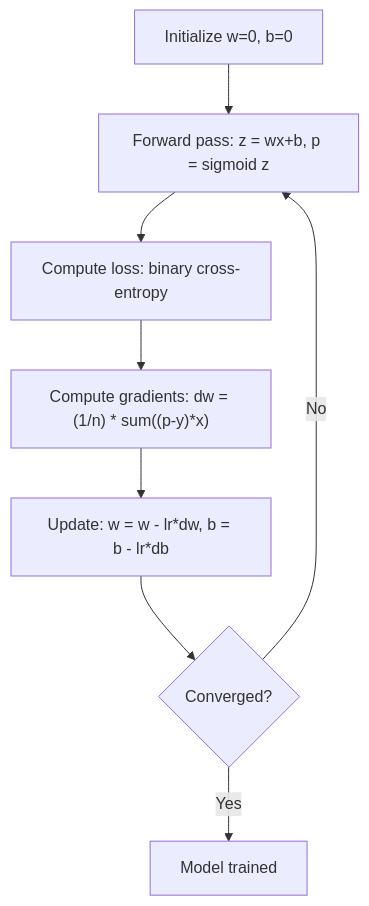
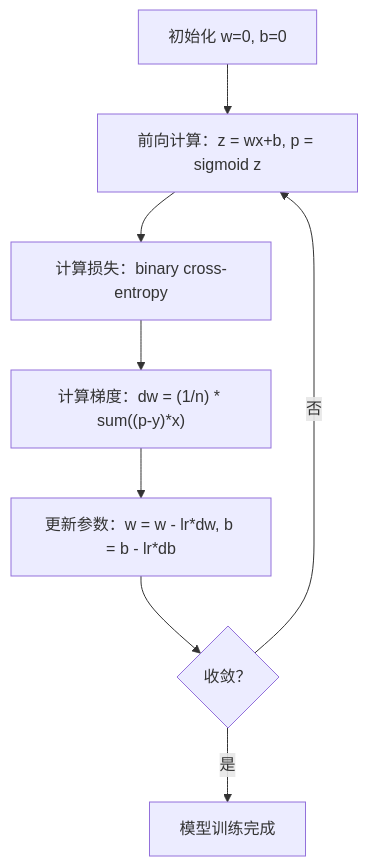
Before and after one commit to omigaZen/ai-engineering-from-scratch: the second of 2 diagrams in phases/02-ml-fundamentals/03-logistic-regression/docs/zh.md, drawn with Mermaid. The commit also changed other lines of this file and 3 other files, not shown here.

````diff
--- a/phases/02-ml-fundamentals/03-logistic-regression/docs/zh.md
+++ b/phases/02-ml-fundamentals/03-logistic-regression/docs/zh.md
@@ -122,10 +105,10 @@
 ```mermaid
 flowchart TD
-    A[Initialize w=0, b=0] --> B[Forward pass: z = wx+b, p = sigmoid z]
-    B --> C[Compute loss: binary cross-entropy]
-    C --> D["Compute gradients: dw = (1/n) * sum((p-y)*x)"]
-    D --> E[Update: w = w - lr*dw, b = b - lr*db]
-    E --> F{Converged?}
-    F -->|No| B
-    F -->|Yes| G[Model trained]
+    A[初始化 w=0, b=0] --> B[前向计算：z = wx+b, p = sigmoid z]
+    B --> C[计算损失：binary cross-entropy]
+    C --> D["计算梯度：dw = (1/n) * sum((p-y)*x)"]
+    D --> E[更新参数：w = w - lr*dw, b = b - lr*db]
+    E --> F{收敛？}
+    F -->|否| B
+    F -->|是| G[模型训练完成]
 ```
````
